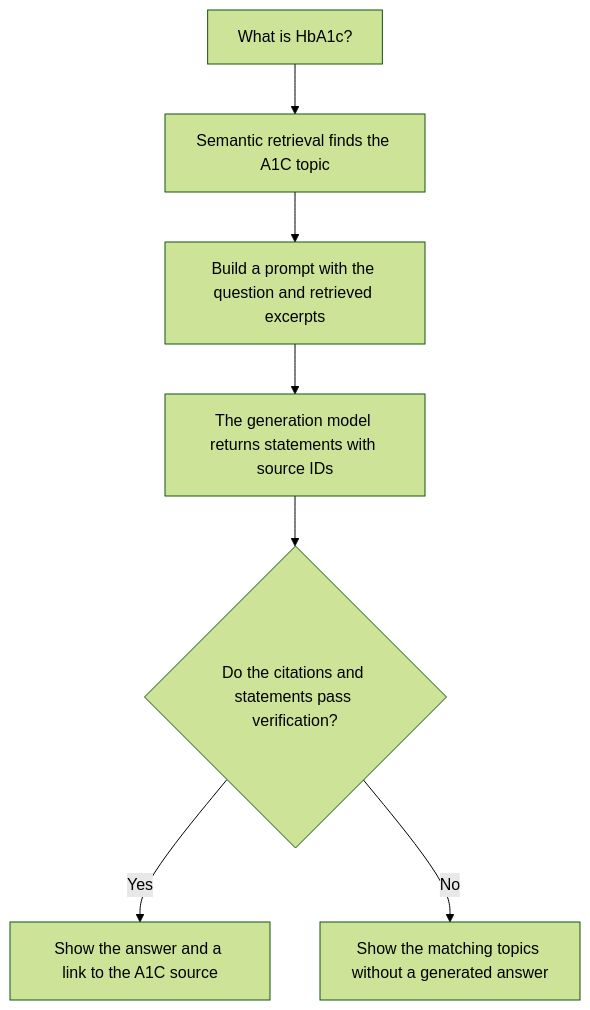
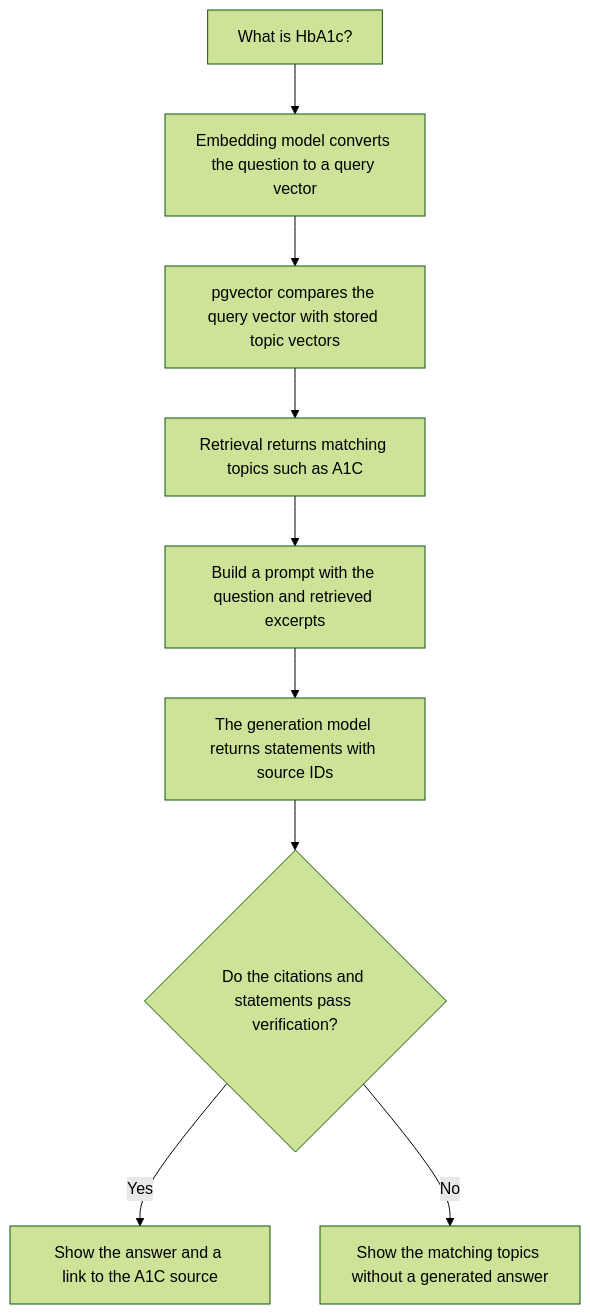
One commit to edutrul/meddiscover changed the fourth of 8 diagrams in docs/architecture/search-uml.md. Above: the diagram before and after it, drawn with Mermaid (forest theme). The commit also changed other lines of this file, not shown here.

Commit message:
MED-100: Explain query embeddings in conversational retrieval

````diff
--- a/docs/architecture/search-uml.md
+++ b/docs/architecture/search-uml.md
@@ -81,9 +81,11 @@
 ```mermaid
 flowchart TD
-    Question["What is HbA1c?"] --> Retrieve["Semantic retrieval finds the A1C topic"]
-    Retrieve --> Context["Build a prompt with the question and retrieved excerpts"]
+    Question["What is HbA1c?"] --> Embed["Embedding model converts the question to a query vector"]
+    Embed --> Retrieve["pgvector compares the query vector with stored topic vectors"]
+    Retrieve --> Matches["Retrieval returns matching topics such as A1C"]
+    Matches --> Context["Build a prompt with the question and retrieved excerpts"]
     Context --> Generate["The generation model returns statements with source IDs"]
     Generate --> Check{"Do the citations and statements pass verification?"}
     Check -->|Yes| Answer["Show the answer and a link to the A1C source"]
     Check -->|No| Fallback["Show the matching topics without a generated answer"]
 ```
````
